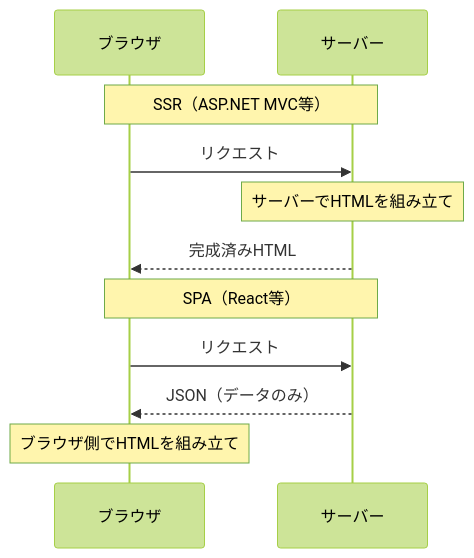
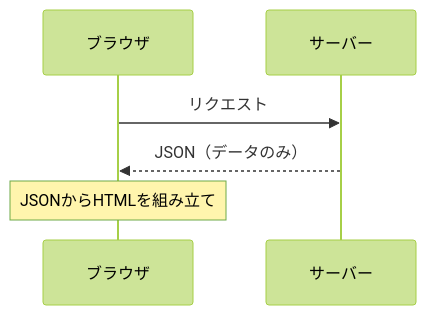
The third of 3 diagrams in concepts/static_dynamic_content.md (Bassiy/share_knowledge), drawn with Mermaid (forest theme) before and after one commit. The commit also changed other lines of this file, not shown here.

````diff
--- a/concepts/static_dynamic_content.md
+++ b/concepts/static_dynamic_content.md
@@ -30,15 +44,9 @@
 ```mermaid
 sequenceDiagram
     participant B as ブラウザ
     participant S as サーバー
 
-    Note over B,S: SSR（ASP.NET MVC等）
-    B->>S: リクエスト
-    Note over S: サーバーでHTMLを組み立て
-    S-->>B: 完成済みHTML
-
-    Note over B,S: SPA（React等）
     B->>S: リクエスト
     S-->>B: JSON（データのみ）
-    Note over B: ブラウザ側でHTMLを組み立て
+    Note over B: JSONからHTMLを組み立て
 ```
````
